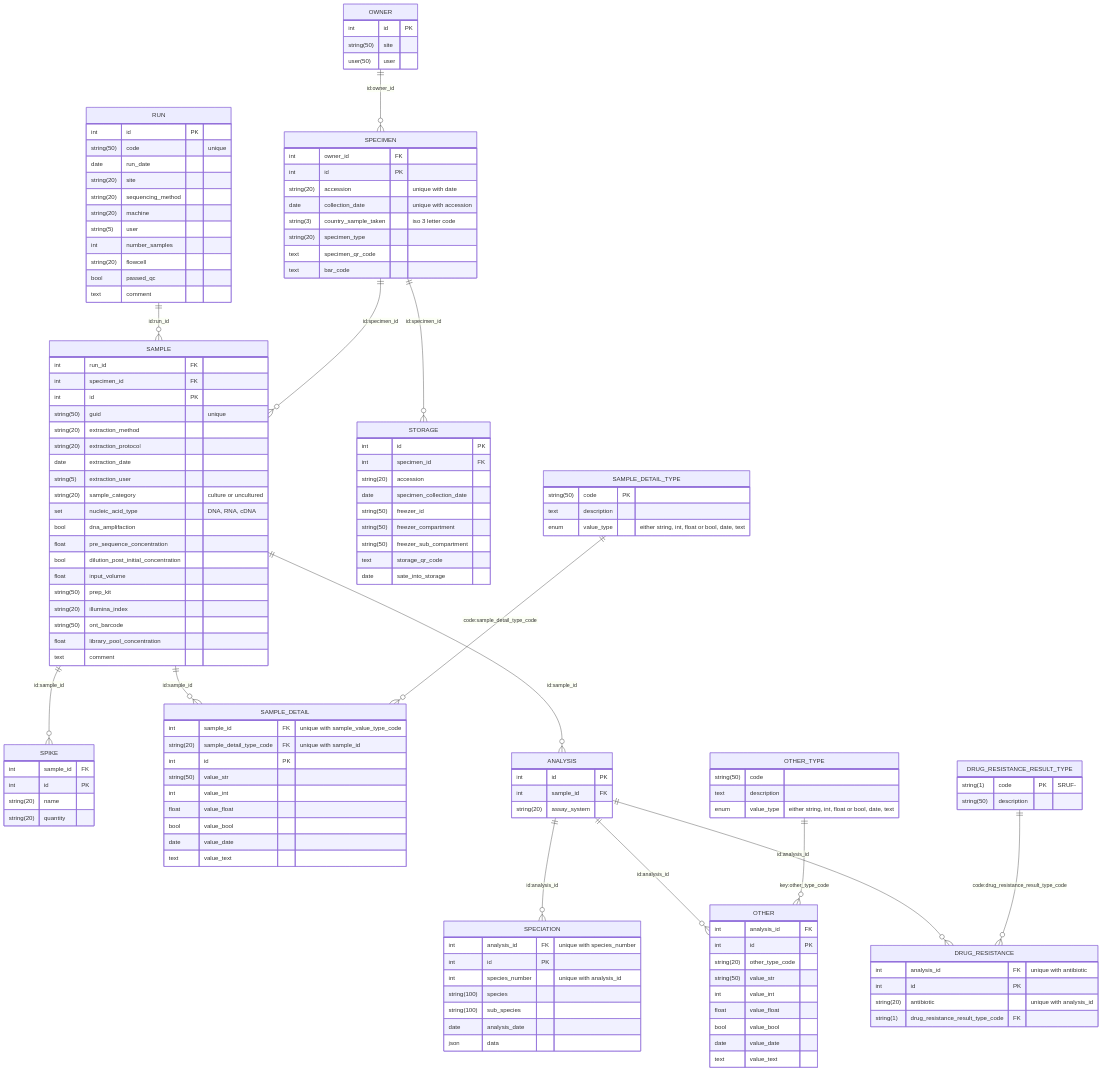
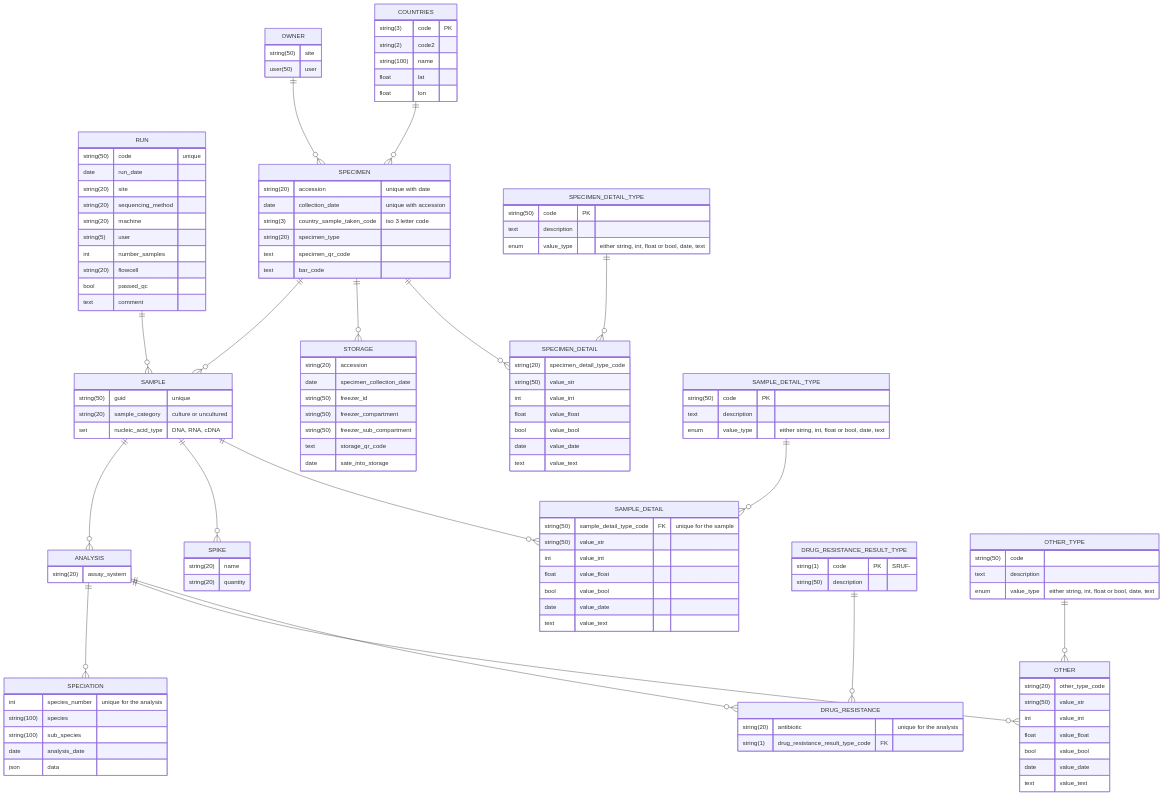
The diagram in docs/database-layout.md (oxfordmmm/gpas_local_db), drawn with Mermaid before and after one commit. The commit also changed other lines of this file and 2 other files, not shown here.

Commit message:
Added countries table and specimen_details

````diff
--- a/docs/database-layout.md
+++ b/docs/database-layout.md
@@ -3,13 +6,11 @@
 ```mermaid
 erDiagram
     OWNER {
-        int id PK
         string(50) site
         user(50) user
     }
 
     RUN {
-        int id PK
         string(50) code "unique"
         date run_date
         string(20) site
@@ -23,41 +24,45 @@
     }
 
     SPECIMEN {
-        int owner_id FK
-        int id PK
         string(20) accession "unique with date"
         date collection_date "unique with accession"
-        string(3) country_sample_taken "iso 3 letter code"
+        string(3) country_sample_taken_code "iso 3 letter code"
         string(20) specimen_type
         text specimen_qr_code
         text bar_code
     }
 
+    SPECIMEN_DETAIL {
+        string(20) specimen_detail_type_code
+        string(50) value_str
+        int value_int
+        float value_float
+        bool value_bool
+        date value_date
+        text value_text
+    }
+
+    SPECIMEN_DETAIL_TYPE {
+        string(50) code PK
+        text description
+        enum value_type "either string, int, float or bool, date, text"
+    }
+
+    COUNTRIES {
+        string(3) code PK
+        string(2) code2
+        string(100) name
+        float lat
+        float lon
+    }
+
     SAMPLE {
-        int run_id FK
-        int specimen_id FK
-        int id PK
         string(50) guid "unique"
-        string(20) extraction_method
-        string(20) extraction_protocol
-        date extraction_date
-        string(5) extraction_user
         string(20) sample_category "culture or uncultured"
         set nucleic_acid_type "DNA, RNA, cDNA"
-        bool dna_amplifaction
-        float pre_sequence_concentration
-        bool dilution_post_initial_concentration
-        float input_volume
-        string(50) prep_kit
-        string(20) illumina_index
-        string(50) ont_barcode
-        float library_pool_concentration
-        text comment
     }
 
     STORAGE {
-        int id PK
-        int specimen_id FK
         string(20) accession
         date specimen_collection_date
         string(50) freezer_id
@@ -68,16 +73,12 @@
     }
 
     SPIKE {
-        int sample_id FK
-        int id PK
         string(20) name
         string(20) quantity
     }
 
     SAMPLE_DETAIL {
-        int sample_id FK "unique with sample_value_type_code"
-        string(20) sample_detail_type_code FK "unique with sample_id"
-        int id PK
+        string(50) sample_detail_type_code FK "unique for the sample"
         string(50) value_str
         int value_int
         float value_float
@@ -93,15 +94,11 @@
     }
 
     ANALYSIS {
-        int id PK
-        int sample_id FK
         string(20) assay_system
     }
 
     SPECIATION {
-        int analysis_id FK "unique with species_number"
-        int id PK
-        int species_number "unique with analysis_id"
+        int species_number "unique for the analysis"
         string(100) species
         string(100) sub_species
         date analysis_date
@@ -109,9 +106,7 @@
     }
 
     DRUG_RESISTANCE {
-        int analysis_id FK "unique with antibiotic"
-        int id PK
-        string(20) antibiotic "unique with analysis_id"
+        string(20) antibiotic "unique for the analysis"
         string(1) drug_resistance_result_type_code FK
     }
 
@@ -121,8 +116,6 @@
     }
 
     OTHER {
-        int analysis_id FK
-        int id PK
         string(20) other_type_code
         string(50) value_str
         int value_int
@@ -138,17 +131,20 @@
         enum value_type "either string, int, float or bool, date, text"
     }
 
-    RUN ||--o{ SAMPLE : "id:run_id"
-    OWNER ||--o{ SPECIMEN : "id:owner_id"
-    SPECIMEN ||--o{ SAMPLE : "id:specimen_id"
-    SPECIMEN ||--o{ STORAGE : "id:specimen_id"
-    SAMPLE ||--o{ ANALYSIS : "id:sample_id"
-    SAMPLE ||--o{ SPIKE : "id:sample_id"
-    ANALYSIS ||--o{ SPECIATION : "id:analysis_id"
-    ANALYSIS ||--o{ OTHER : "id:analysis_id"
-    OTHER_TYPE ||--o{ OTHER : "key:other_type_code"
-    ANALYSIS ||--o{ DRUG_RESISTANCE : "id:analysis_id"
-    DRUG_RESISTANCE_RESULT_TYPE ||--o{ DRUG_RESISTANCE : "code:drug_resistance_result_type_code"
-    SAMPLE ||--o{ SAMPLE_DETAIL: "id:sample_id"
-    SAMPLE_DETAIL_TYPE ||--o{ SAMPLE_DETAIL: "code:sample_detail_type_code"
+    RUN ||--o{ SAMPLE : ""
+    OWNER ||--o{ SPECIMEN : ""
+    COUNTRIES ||--o{ SPECIMEN : ""
+    SPECIMEN ||--o{ SAMPLE : ""
+    SPECIMEN ||--o{ STORAGE : ""
+    SPECIMEN ||--o{ SPECIMEN_DETAIL : ""
+    SPECIMEN_DETAIL_TYPE ||--o{ SPECIMEN_DETAIL : ""
+    SAMPLE ||--o{ ANALYSIS : ""
+    SAMPLE ||--o{ SPIKE : ""
+    ANALYSIS ||--o{ SPECIATION : ""
+    ANALYSIS ||--o{ OTHER : ""
+    OTHER_TYPE ||--o{ OTHER : ""
+    ANALYSIS ||--o{ DRUG_RESISTANCE : ""
+    DRUG_RESISTANCE_RESULT_TYPE ||--o{ DRUG_RESISTANCE : ""
+    SAMPLE ||--o{ SAMPLE_DETAIL: ""
+    SAMPLE_DETAIL_TYPE ||--o{ SAMPLE_DETAIL: ""
 ```
````
